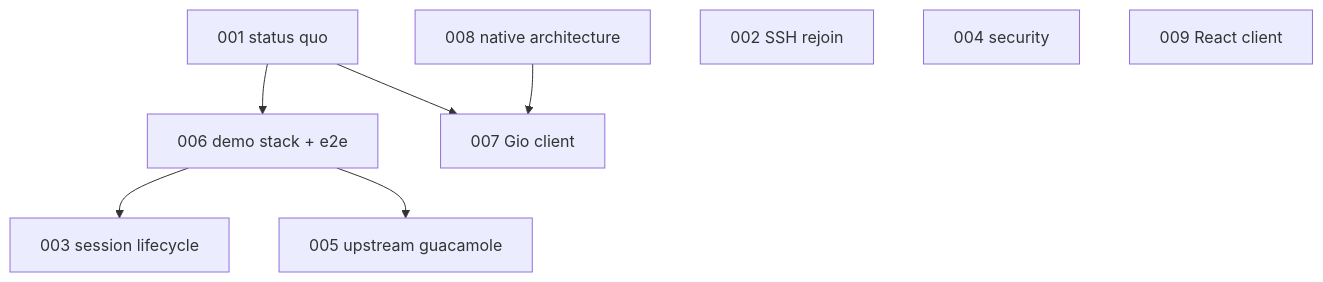
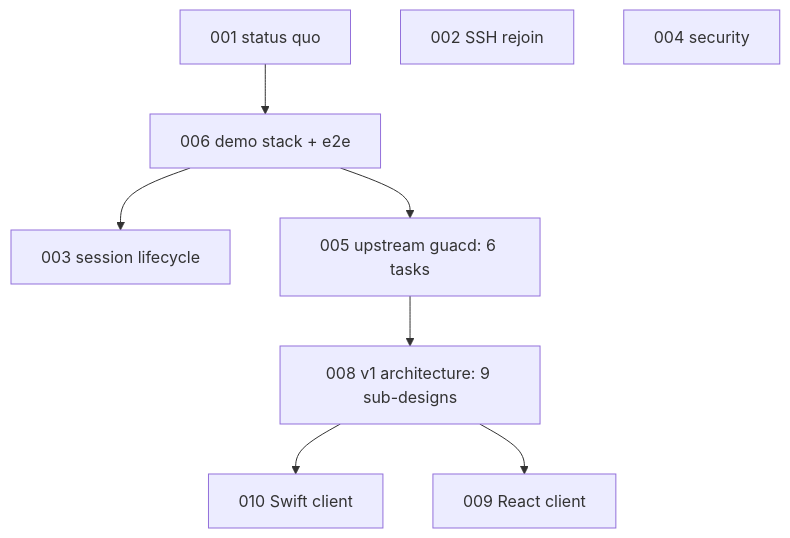
The diagram in specs/README.md (changkun/occamy), drawn with Mermaid before and after one commit. The commit also changed other lines of this file and 3 other files, not shown here.

First line of the commit message:
specs: replace the Gio client with a Swift client on a Go core

````diff
--- a/specs/README.md
+++ b/specs/README.md
@@ -79,11 +84,11 @@
 ```mermaid
 flowchart TD
   s001[001 status quo] --> s006[006 demo stack + e2e]
-  s001 --> s007[007 Gio client]
   s006 --> s003[003 session lifecycle]
-  s006 --> s005[005 upstream guacamole]
-  s008[008 native architecture] --> s007
+  s006 --> s005[005 upstream guacd: 6 tasks]
+  s005 --> s008[008 v1 architecture: 9 sub-designs]
+  s008 --> s010[010 Swift client]
+  s008 --> s009[009 React client]
   s002[002 SSH rejoin]
   s004[004 security]
-  s009[009 React client]
 ```
````
